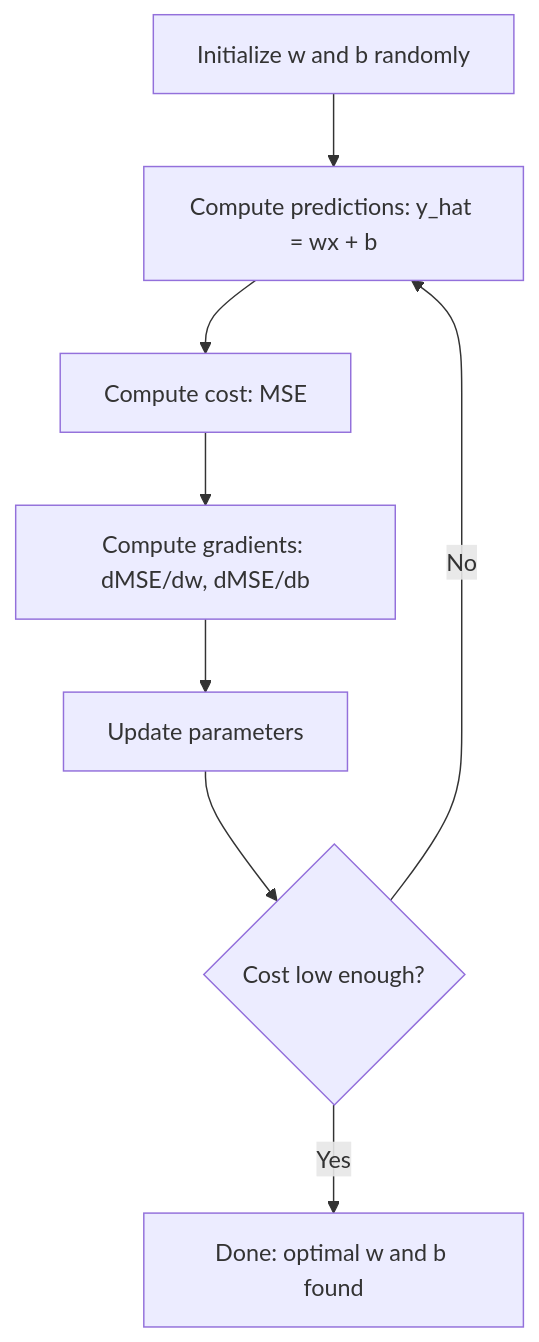
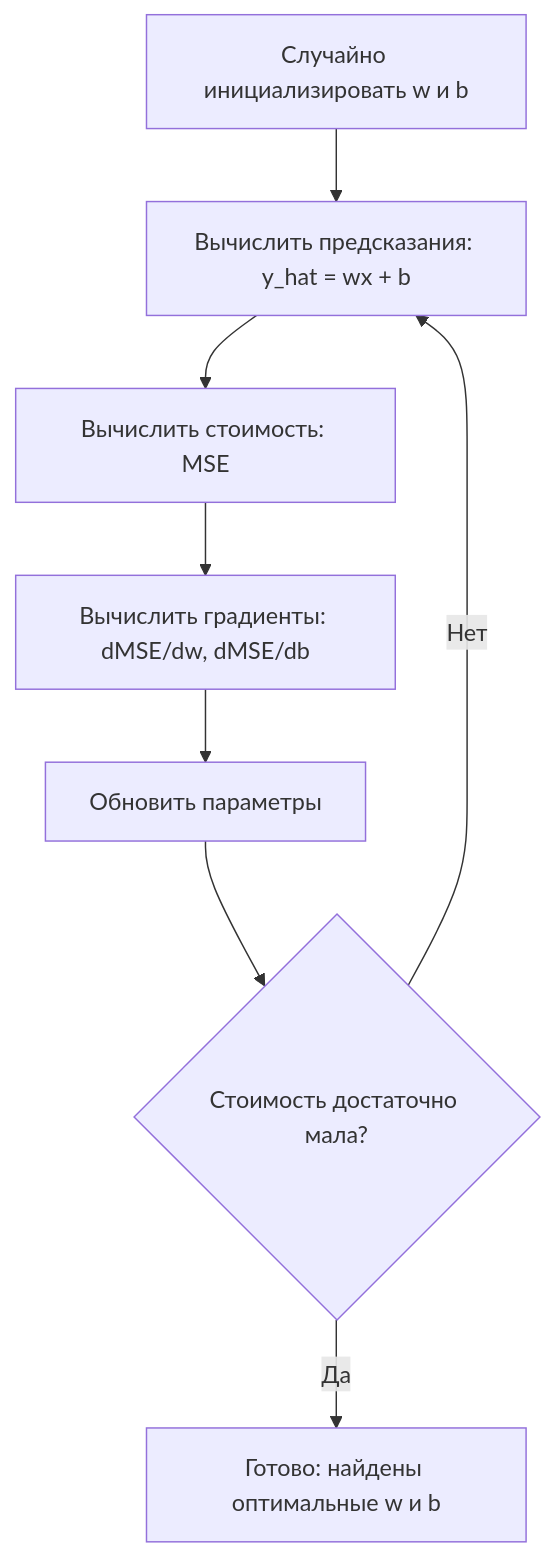
One commit to stabuev/ai-engineering-from-scratch changed the diagram in phases/02-ml-fundamentals/02-linear-regression/docs/ru.md. Above: the diagram before and after it, drawn with Mermaid. The commit also changed other lines of this file and 22 other files, not shown here.

````diff
--- a/phases/02-ml-fundamentals/02-linear-regression/docs/ru.md
+++ b/phases/02-ml-fundamentals/02-linear-regression/docs/ru.md
@@ -64,10 +64,10 @@
 ```mermaid
 flowchart TD
-    A[Initialize w and b randomly] --> B[Compute predictions: y_hat = wx + b]
-    B --> C[Compute cost: MSE]
-    C --> D[Compute gradients: dMSE/dw, dMSE/db]
-    D --> E[Update parameters]
-    E --> F{Cost low enough?}
-    F -->|No| B
-    F -->|Yes| G[Done: optimal w and b found]
+    A[Случайно инициализировать w и b] --> B[Вычислить предсказания: y_hat = wx + b]
+    B --> C[Вычислить стоимость: MSE]
+    C --> D[Вычислить градиенты: dMSE/dw, dMSE/db]
+    D --> E[Обновить параметры]
+    E --> F{Стоимость достаточно мала?}
+    F -->|Нет| B
+    F -->|Да| G[Готово: найдены оптимальные w и b]
 ```
````
